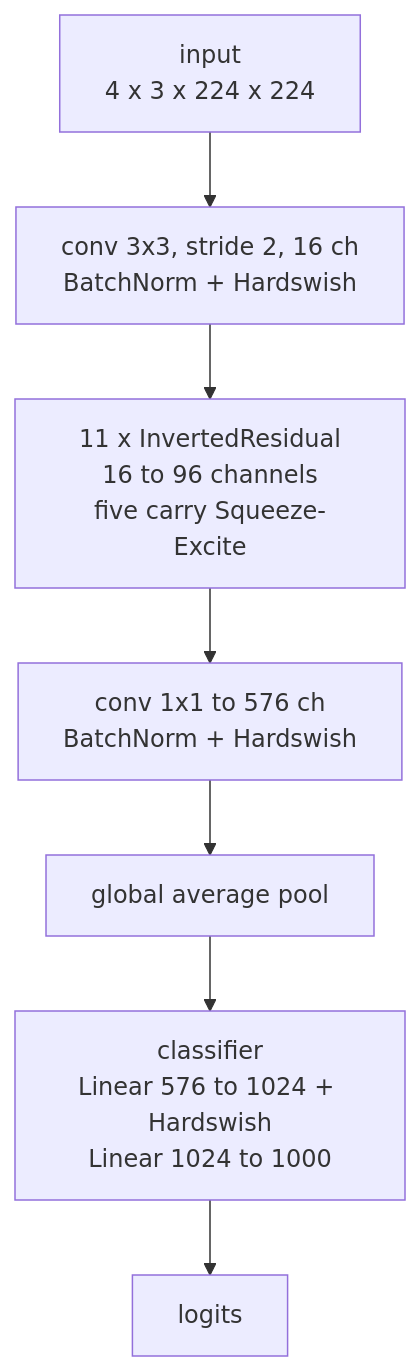
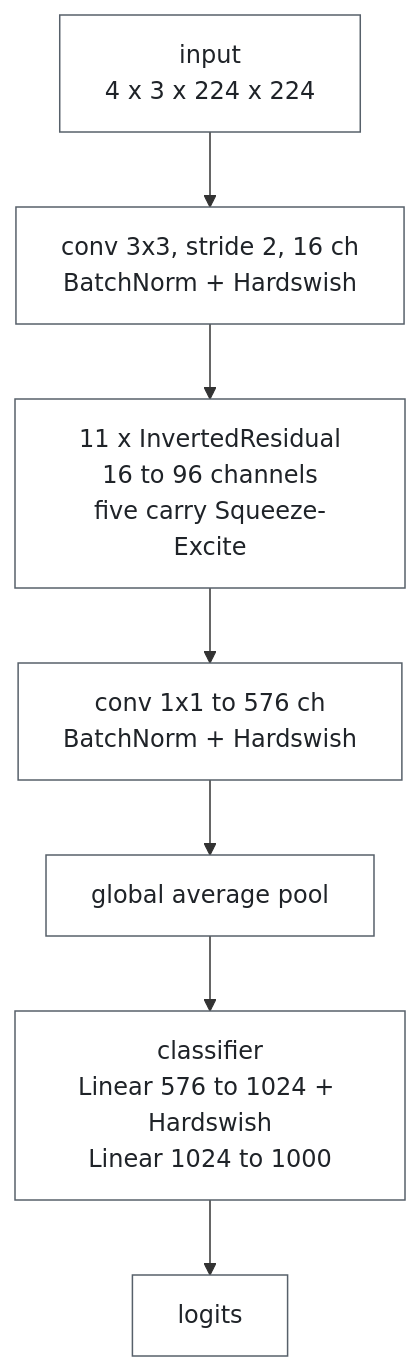
One commit to rwttr/Eco-workshop-n9 changed the third of 8 diagrams in docs/models.md. Above: the diagram before and after it, drawn with Mermaid. The commit also changed other lines of this file and 4 other files, not shown here.

First line of the commit message:
Render Mermaid diagram nodes with a white fill

````diff
--- a/docs/models.md
+++ b/docs/models.md
@@ -103,9 +105,10 @@
 ```mermaid
 flowchart TD
+    classDef default fill:#ffffff,stroke:#57606a,stroke-width:1px,color:#1f2328;
     X["input<br/>4 x 3 x 224 x 224"] --> S["conv 3x3, stride 2, 16 ch<br/>BatchNorm + Hardswish"]
     S --> B["11 x InvertedResidual<br/>16 to 96 channels<br/>five carry Squeeze-Excite"]
     B --> H["conv 1x1 to 576 ch<br/>BatchNorm + Hardswish"]
     H --> P["global average pool"]
     P --> C["classifier<br/>Linear 576 to 1024 + Hardswish<br/>Linear 1024 to 1000"]
     C --> Y["logits"]
 ```
````
